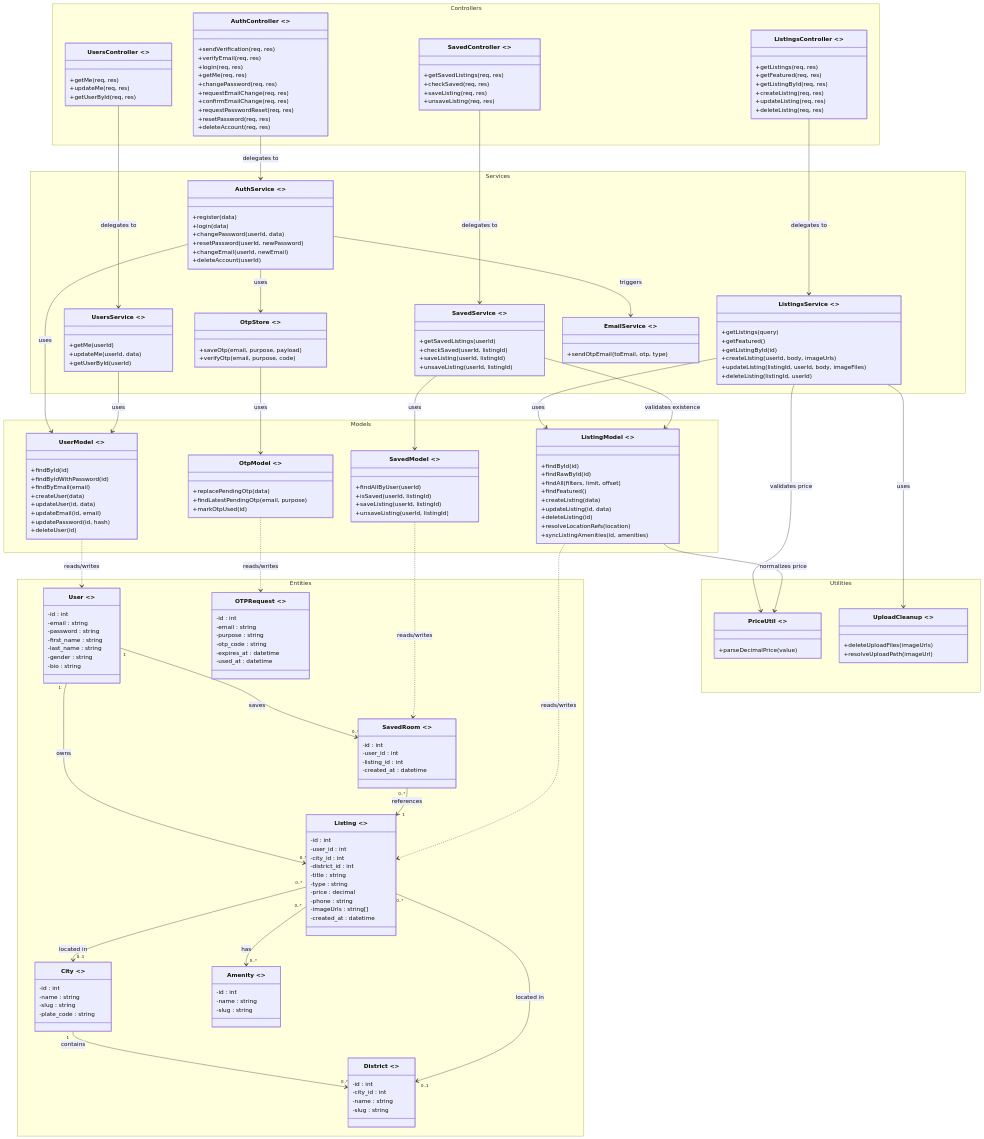
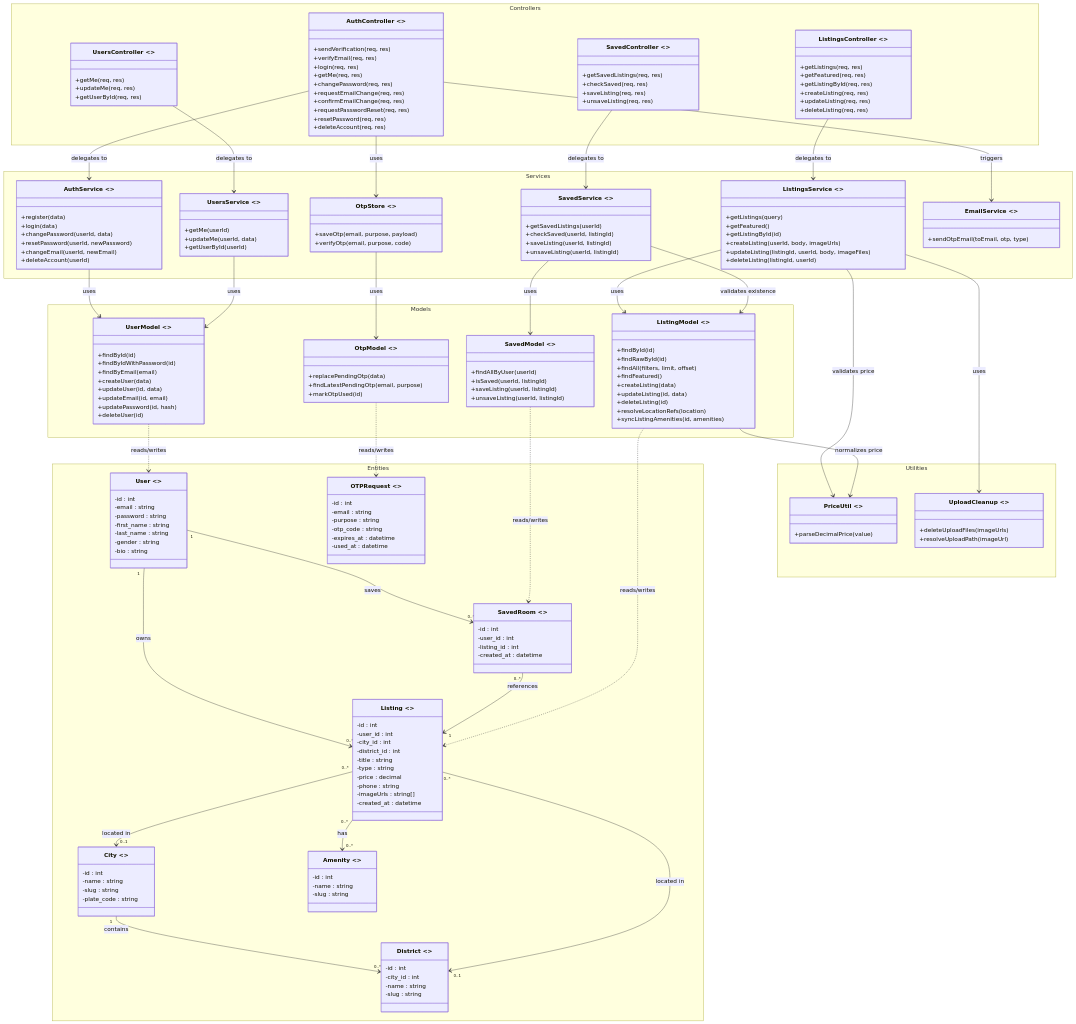
Before and after one commit to tabaraksheikh/Roommie: the first of 3 diagrams in Architecture.md, drawn with Mermaid.

Commit message:
update on the class diagram

```diff
--- a/Architecture.md
+++ b/Architecture.md
@@ -327,8 +327,6 @@
   OtpModel ..> OTPRequest : reads/writes
 
   AuthService --> UserModel : uses
-  AuthService --> OtpStore : uses
-  AuthService --> EmailService : triggers
   UsersService --> UserModel : uses
   ListingsService --> ListingModel : uses
   ListingsService --> UploadCleanup : uses
@@ -337,6 +335,8 @@
   OtpStore --> OtpModel : uses
 
   AuthController --> AuthService : delegates to
+  AuthController --> OtpStore : uses
+  AuthController --> EmailService : triggers
   ListingsController --> ListingsService : delegates to
   UsersController --> UsersService : delegates to
   SavedController --> SavedService : delegates to
```
